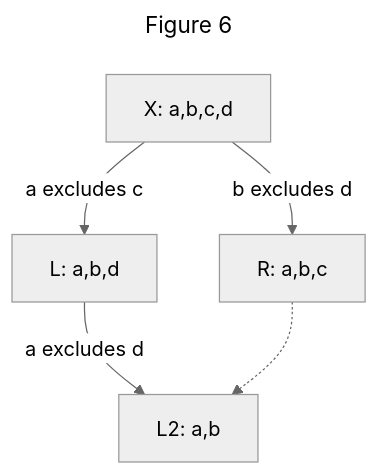
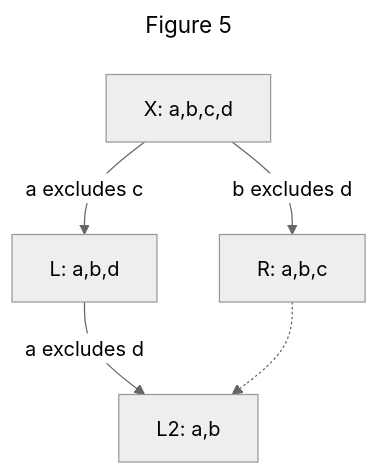
The fourth of 9 diagrams in README.md (ssbc/ssb-group-exclusion-spec), drawn with Mermaid (neutral theme) before and after one commit. The commit also changed other lines of this file, not shown here.

````diff
--- a/README.md
+++ b/README.md
@@ -315,11 +286,11 @@
 ```mermaid
 ---
-title: Figure 6
+title: Figure 5
 ---
 graph TB;
   zero[X: a,b,c,d]
   zero--"a excludes c"-->L[L: a,b,d]
   zero--"b excludes d"-->R[R: a,b,c]
   L--"a excludes d"-->L2[L2: a,b]
   R-.->L2
 ```
````
